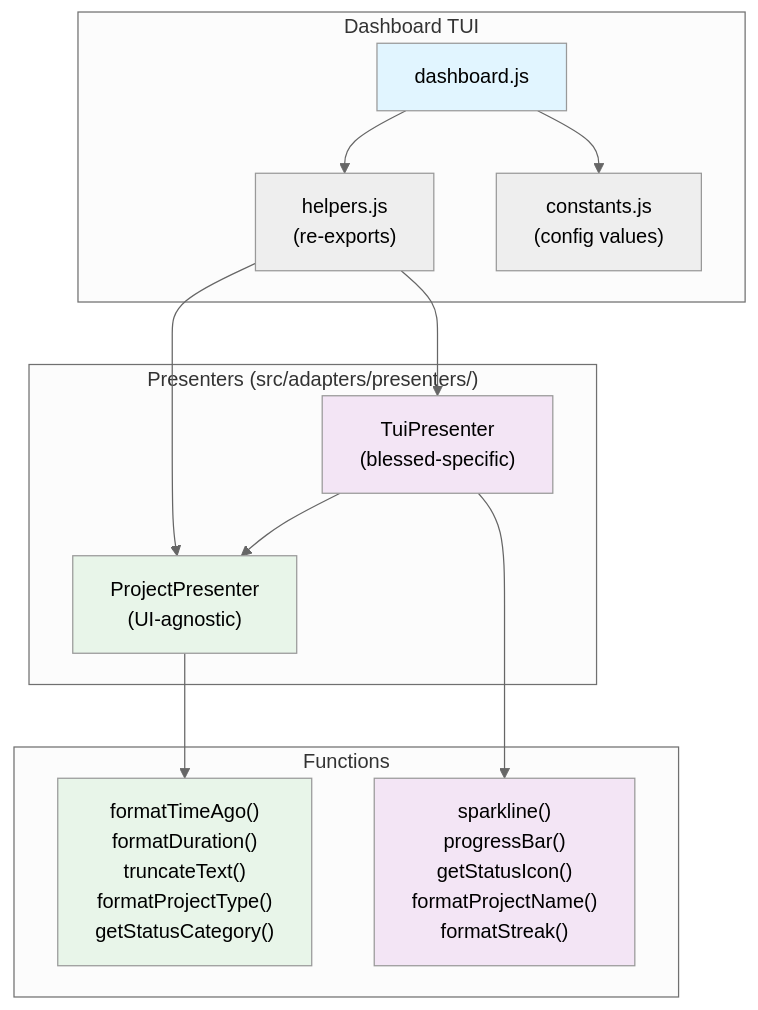
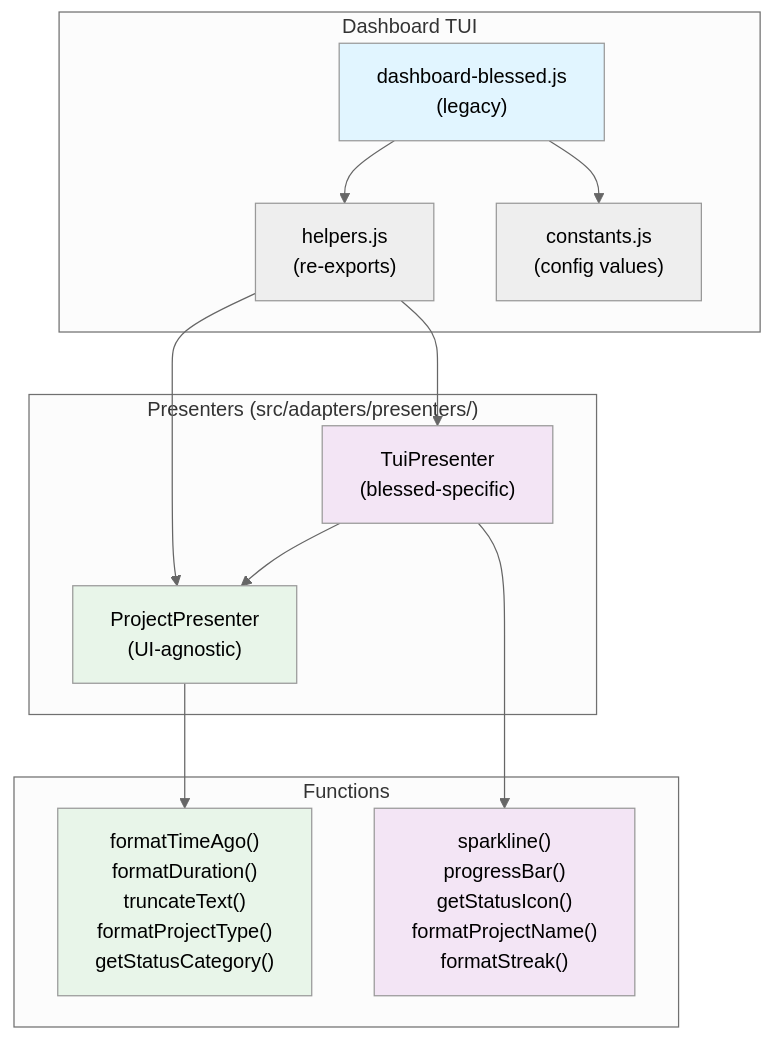
Before and after one commit to Data-Wise/atlas: diagram 11 of 13 in docs/DIAGRAMS.md, drawn with Mermaid (neutral theme). The commit also changed other lines of this file and 2 other files, not shown here.

````diff
--- a/docs/DIAGRAMS.md
+++ b/docs/DIAGRAMS.md
@@ -730,33 +746,33 @@
 ```mermaid
 graph TB
     subgraph "Dashboard TUI"
-        Dashboard["dashboard.js"]
+        Dashboard["dashboard-blessed.js<br/>(legacy)"]
         Helpers["helpers.js<br/>(re-exports)"]
         Constants["constants.js<br/>(config values)"]
     end
 
     subgraph "Presenters (src/adapters/presenters/)"
         ProjectPres["ProjectPresenter<br/>(UI-agnostic)"]
         TuiPres["TuiPresenter<br/>(blessed-specific)"]
     end
 
     subgraph "Functions"
         UIAgnostic["formatTimeAgo()<br/>formatDuration()<br/>truncateText()<br/>formatProjectType()<br/>getStatusCategory()"]
         BlessedSpec["sparkline()<br/>progressBar()<br/>getStatusIcon()<br/>formatProjectName()<br/>formatStreak()"]
     end
 
     Dashboard --> Helpers
     Dashboard --> Constants
     Helpers --> TuiPres
     Helpers --> ProjectPres
     TuiPres --> ProjectPres
 
     ProjectPres --> UIAgnostic
     TuiPres --> BlessedSpec
 
     style Dashboard fill:#e1f5ff
     style ProjectPres fill:#e8f5e9
     style TuiPres fill:#f3e5f5
     style UIAgnostic fill:#e8f5e9
     style BlessedSpec fill:#f3e5f5
 ```
````
